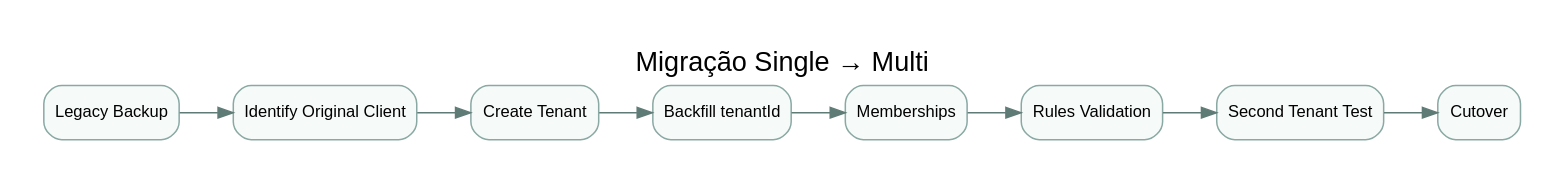
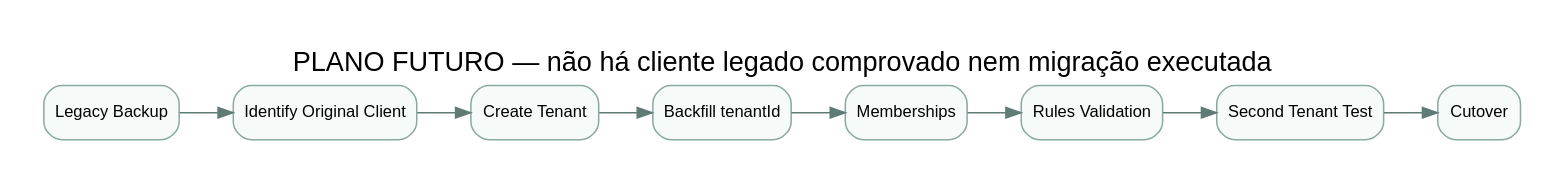
The diagram in docs/versions/v01-multitenant-whitelabel/diagrams/source/17-migration.dot (CristianoRFB/Dentista), drawn with Graphviz before and after one commit. The commit also changed 35 other files, not shown here.

```diff
--- a/docs/versions/v01-multitenant-whitelabel/diagrams/source/17-migration.dot
+++ b/docs/versions/v01-multitenant-whitelabel/diagrams/source/17-migration.dot
@@ -1,21 +1,21 @@
 digraph G {
   rankdir=LR;
-  graph [bgcolor="white", pad="0.3", label="Migração Single → Multi", labelloc=t, fontsize=18, fontname="Arial"];
+  graph [bgcolor="white", pad="0.3", label="PLANO FUTURO — não há cliente legado comprovado nem migração executada", labelloc=t, fontsize=18, fontname="Arial"];
   node [shape=box, style="rounded,filled", fillcolor="#f6faf9", color="#8aa9a3", fontname="Arial", fontsize=11];
   edge [color="#5f7b76", fontname="Arial", fontsize=9];
   "N1" [label="Legacy Backup"];
   "N2" [label="Identify Original Client"];
   "N3" [label="Create Tenant"];
   "N4" [label="Backfill tenantId"];
   "N5" [label="Memberships"];
   "N6" [label="Rules Validation"];
   "N7" [label="Second Tenant Test"];
   "N8" [label="Cutover"];
   "N1" -> "N2";
   "N2" -> "N3";
   "N3" -> "N4";
   "N4" -> "N5";
   "N5" -> "N6";
   "N6" -> "N7";
   "N7" -> "N8";
 }
```
